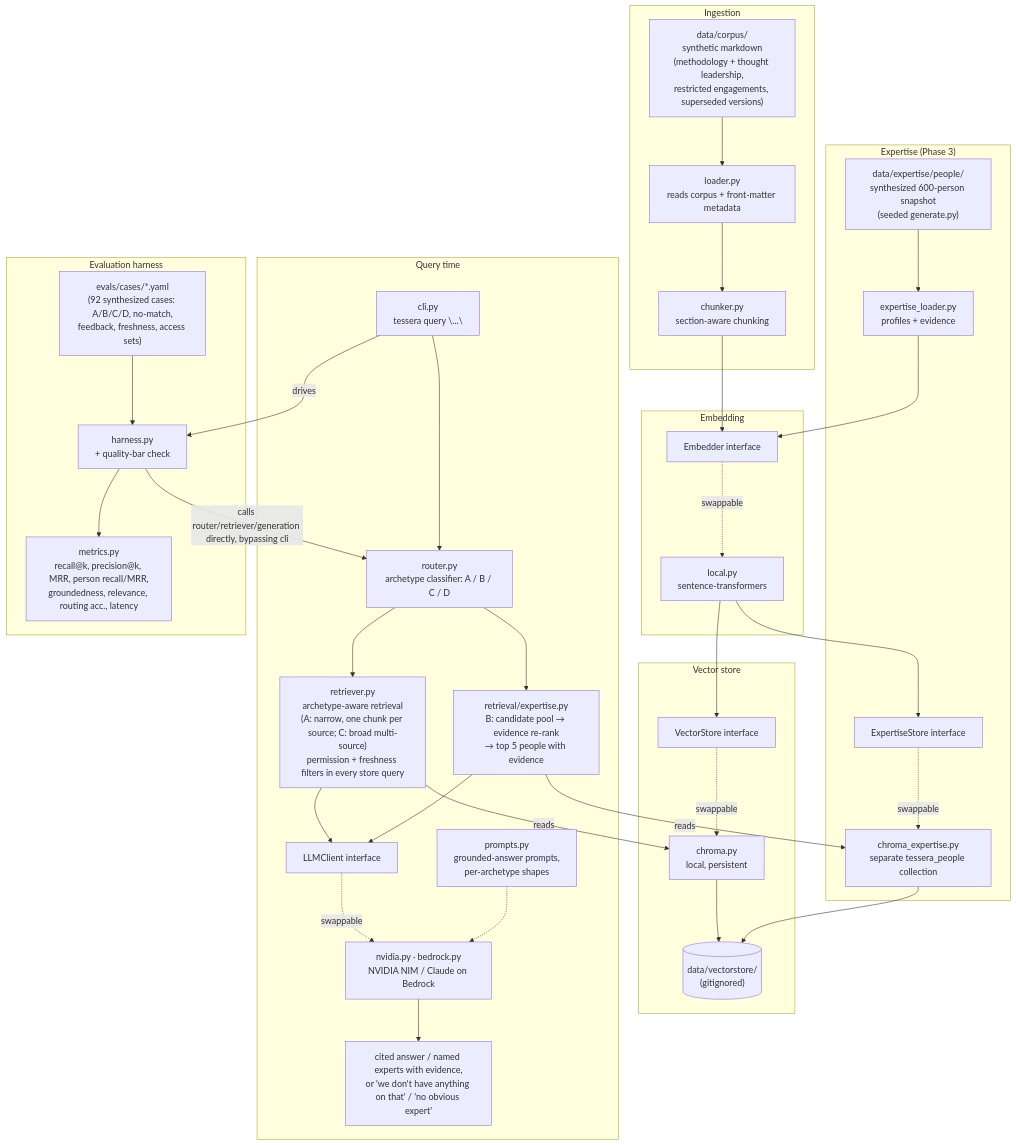
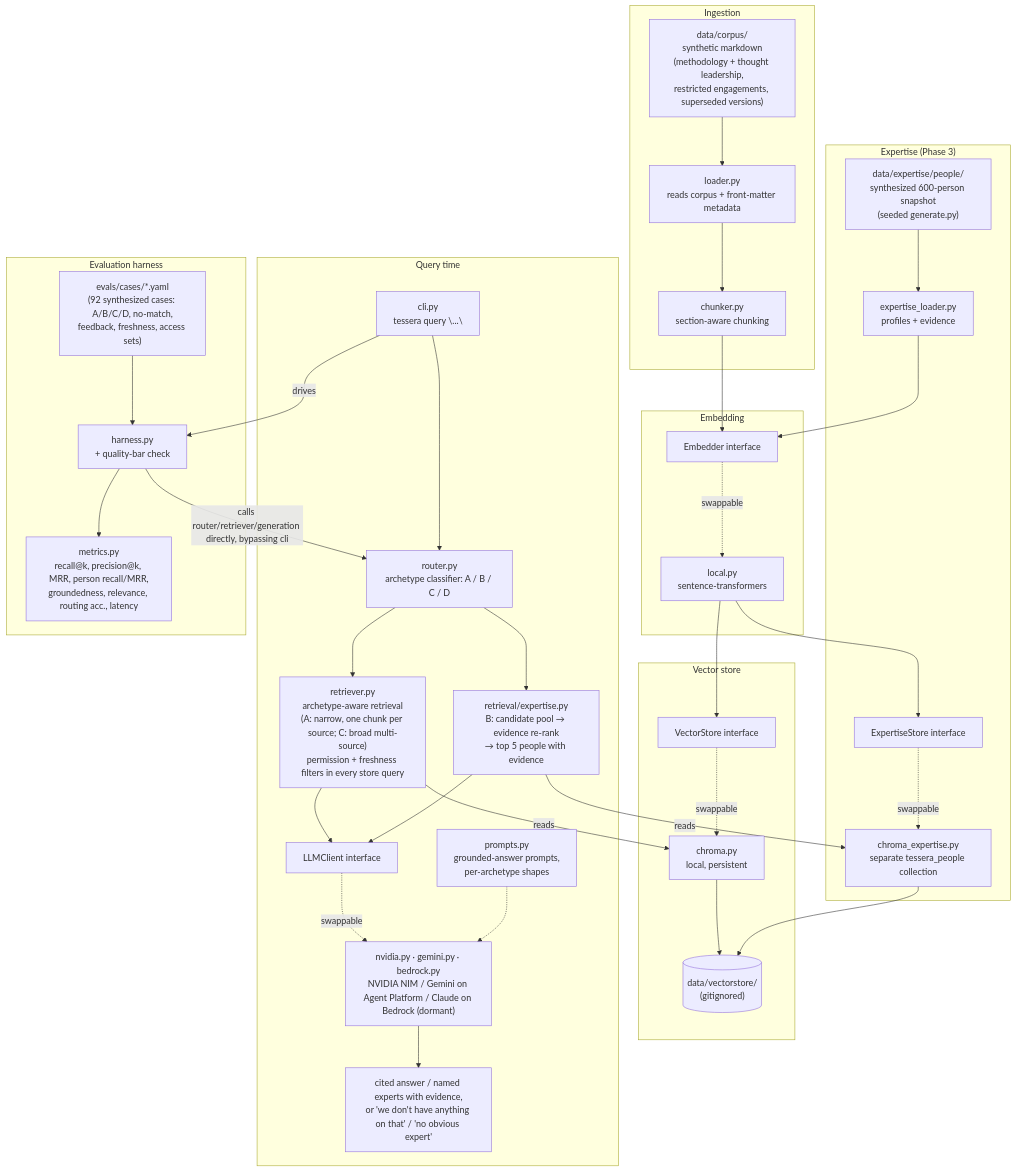
Before and after one commit to ChiragVenkateshaiah/tessera: the diagram in README.md, drawn with Mermaid. The commit also changed other lines of this file and 2 other files, not shown here.

First line of the commit message:
P4-2: live acceptance sweep on Gemini; README and quality bar

````diff
--- a/README.md
+++ b/README.md
@@ -97,68 +103,68 @@
 ```mermaid
 flowchart TB
     subgraph ingest["Ingestion"]
         corpus["data/corpus/<br/>synthetic markdown<br/>(methodology + thought leadership,<br/>restricted engagements, superseded versions)"]
         loader["loader.py<br/>reads corpus + front-matter metadata"]
         chunker["chunker.py<br/>section-aware chunking"]
         corpus --> loader --> chunker
     end
 
     subgraph embed["Embedding"]
         embedIface["Embedder interface"]
         embedImpl["local.py<br/>sentence-transformers"]
         embedIface -.swappable.-> embedImpl
     end
 
     subgraph store["Vector store"]
         storeIface["VectorStore interface"]
         storeImpl["chroma.py<br/>local, persistent"]
         storeIface -.swappable.-> storeImpl
         persisted[("data/vectorstore/<br/>(gitignored)")]
         storeImpl --> persisted
     end
 
     subgraph people["Expertise (Phase 3)"]
         peopleData["data/expertise/people/<br/>synthesized 600-person snapshot<br/>(seeded generate.py)"]
         peopleLoader["expertise_loader.py<br/>profiles + evidence"]
         peopleIface["ExpertiseStore interface"]
         peopleImpl["chroma_expertise.py<br/>separate tessera_people collection"]
         peopleData --> peopleLoader
         peopleIface -.swappable.-> peopleImpl
         peopleImpl --> persisted
     end
 
     chunker --> embedIface
     embedImpl --> storeIface
     peopleLoader --> embedIface
     embedImpl --> peopleIface
 
     subgraph query["Query time"]
         cli["cli.py<br/>tessera query \"...\""]
         router["router.py<br/>archetype classifier: A / B / C / D"]
         retriever["retriever.py<br/>archetype-aware retrieval<br/>(A: narrow, one chunk per source; C: broad multi-source)<br/>permission + freshness filters in every store query"]
         experts["retrieval/expertise.py<br/>B: candidate pool → evidence re-rank<br/>→ top 5 people with evidence"]
         genIface["LLMClient interface"]
-        genImpl["nvidia.py · bedrock.py<br/>NVIDIA NIM / Claude on Bedrock"]
+        genImpl["nvidia.py · gemini.py · bedrock.py<br/>NVIDIA NIM / Gemini on Agent Platform / Claude on Bedrock (dormant)"]
         prompts["prompts.py<br/>grounded-answer prompts,<br/>per-archetype shapes"]
         cli --> router --> retriever
         router --> experts
         retriever -->|reads| storeImpl
         experts -->|reads| peopleImpl
         retriever --> genIface
         experts --> genIface
         genIface -.swappable.-> genImpl
         prompts -.-> genImpl
         genImpl --> answer["cited answer / named experts with evidence,<br/>or 'we don't have anything on that' / 'no obvious expert'"]
     end
 
     subgraph evalh["Evaluation harness"]
         cases["evals/cases/*.yaml<br/>(92 synthesized cases: A/B/C/D, no-match,<br/>feedback, freshness, access sets)"]
         harness["harness.py<br/>+ quality-bar check"]
         metrics["metrics.py<br/>recall@k, precision@k, MRR, person recall/MRR,<br/>groundedness, relevance, routing acc., latency"]
         cases --> harness
         harness -->|calls router/retriever/generation directly, bypassing cli| router
         harness --> metrics
     end
 
     cli -->|drives| harness
 ```
````
